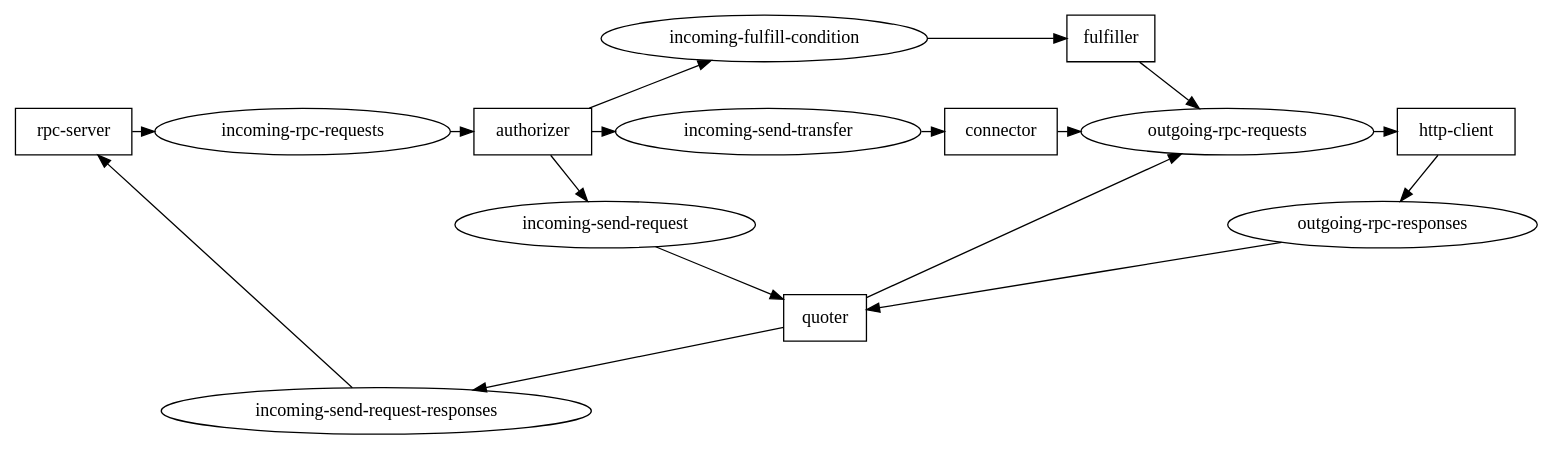
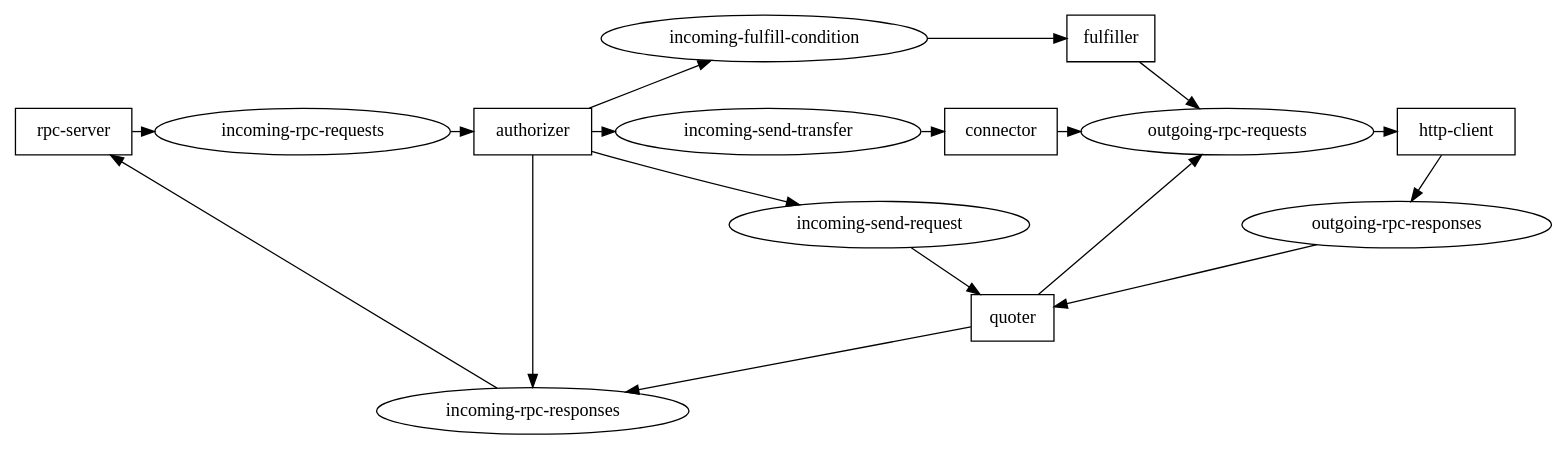
The diagram in assets/streams.dot (sharafian/the-metamorphosis), drawn with Graphviz before and after one commit. The commit also changed 7 other files, not shown here.

```diff
--- a/assets/streams.dot
+++ b/assets/streams.dot
@@ -1,25 +1,26 @@
 digraph streams {
   subgraph components {
     node [ shape = box ];
     "rpc-server"
     "authorizer"
     "connector"
     "http-client"
     "fulfiller"
     "quoter"
   }
 
   "rpc-server" -> "incoming-rpc-requests" -> "authorizer";
   "authorizer" -> "incoming-send-transfer" -> "connector";
   "authorizer" -> "incoming-send-request" -> "quoter";
+  "authorizer" -> "incoming-rpc-responses" -> "rpc-server";
   "authorizer" -> "incoming-fulfill-condition" -> "fulfiller";
   "connector" -> "outgoing-rpc-requests" -> "http-client";
-  "quoter" -> "outgoing-rpc-requests"
-  "http-client" -> "outgoing-rpc-responses" -> "quoter" -> "incoming-send-request-responses" -> "rpc-server";
+  "quoter" -> "outgoing-rpc-requests";
+  "http-client" -> "outgoing-rpc-responses" -> "quoter" -> "incoming-rpc-responses";
   "fulfiller" -> "outgoing-rpc-requests";
 
   { rank = same; "rpc-server" "incoming-rpc-requests" "authorizer" "incoming-send-transfer" "connector" "outgoing-rpc-requests" "http-client" }
   { rank = source; "fulfiller" "incoming-fulfill-condition" }
 
 
 }
```
